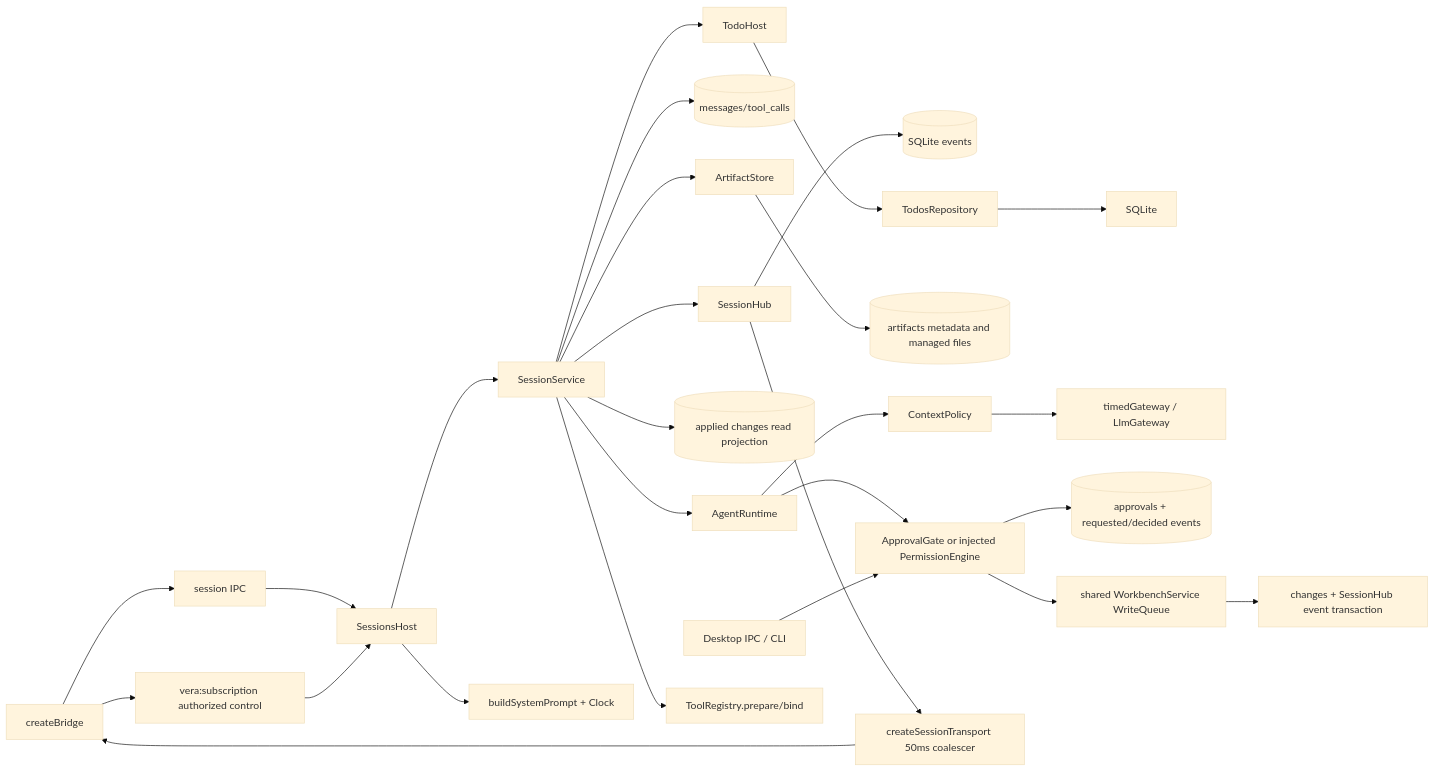
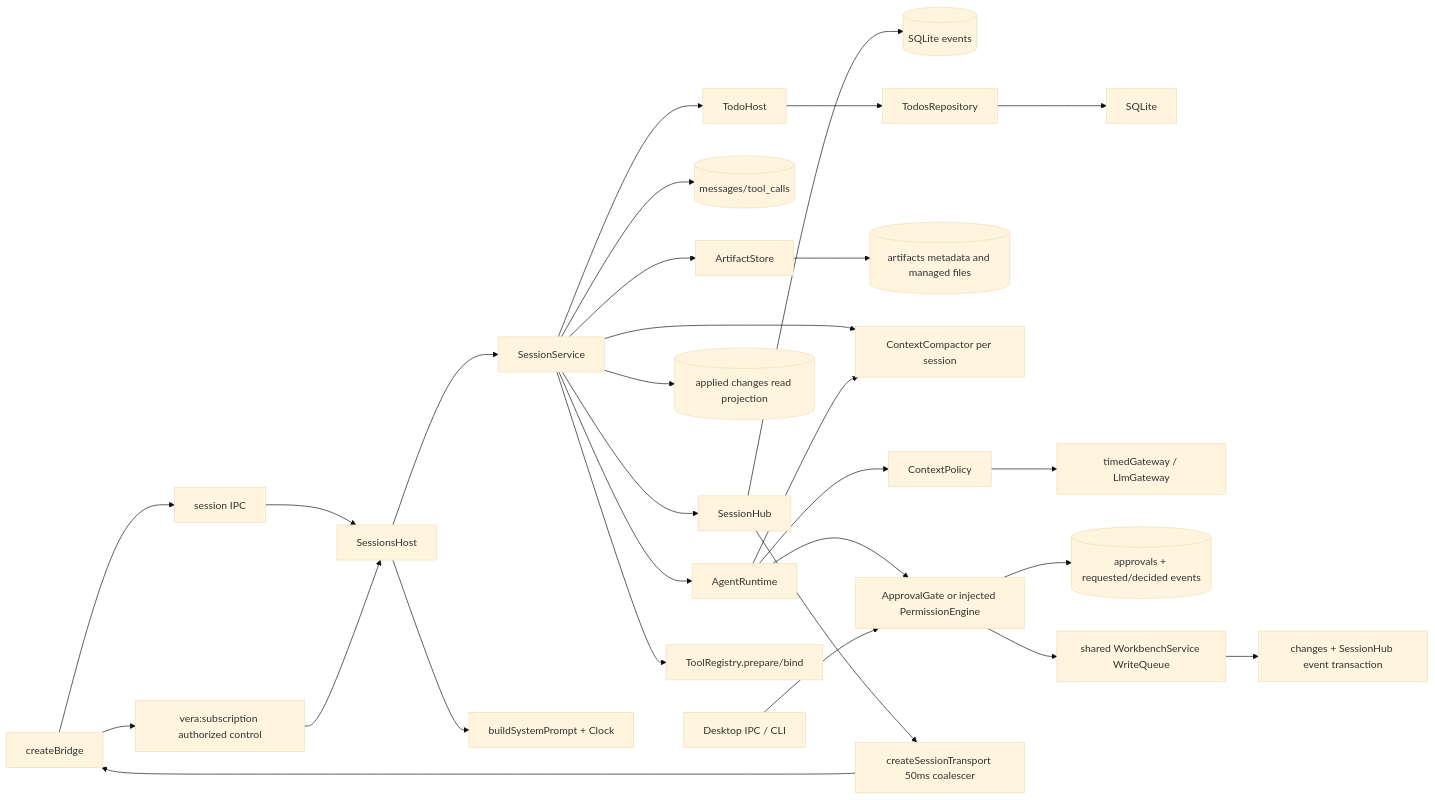
The diagram in .agentic/knowledge/sessions.md (DDP-Engineering/2026_Virtual_Embedded_Rig_Assistant), drawn with Mermaid (base theme) before and after one commit. The commit also changed other lines of this file and 22 other files, not shown here.

````diff
--- a/.agentic/knowledge/sessions.md
+++ b/.agentic/knowledge/sessions.md
@@ -57,27 +59,29 @@
 ```mermaid
 flowchart LR
  bridge[createBridge] --> control[vera:subscription authorized control]
  bridge --> invokes[session IPC]
  invokes --> host[SessionsHost]
  control --> host
  host --> service[SessionService]
  service --> hub[SessionHub]
  hub --> events[(SQLite events)]
  service --> messages[(messages/tool_calls)]
  service --> TodoHost --> TodosRepository --> SQLite
  service --> ArtifactStore
  ArtifactStore --> artifacts[(artifacts metadata and managed files)]
  service --> completedChanges[(applied changes read projection)]
+ service --> compactor[ContextCompactor per session]
  service --> runtime[AgentRuntime]
+ runtime --> compactor
  runtime --> policy[ContextPolicy]
  policy --> gateway[timedGateway / LlmGateway]
  runtime --> permission[ApprovalGate or injected PermissionEngine]
  permission --> approval[(approvals + requested/decided events)]
  decision[Desktop IPC / CLI] --> permission
  permission --> queue[shared WorkbenchService WriteQueue]
  queue --> changes[changes + SessionHub event transaction]
  service --> registry[ToolRegistry.prepare/bind]
  hub --> transport[createSessionTransport 50ms coalescer]
  transport --> bridge
  host --> prompt[buildSystemPrompt + Clock]
 ```
````
